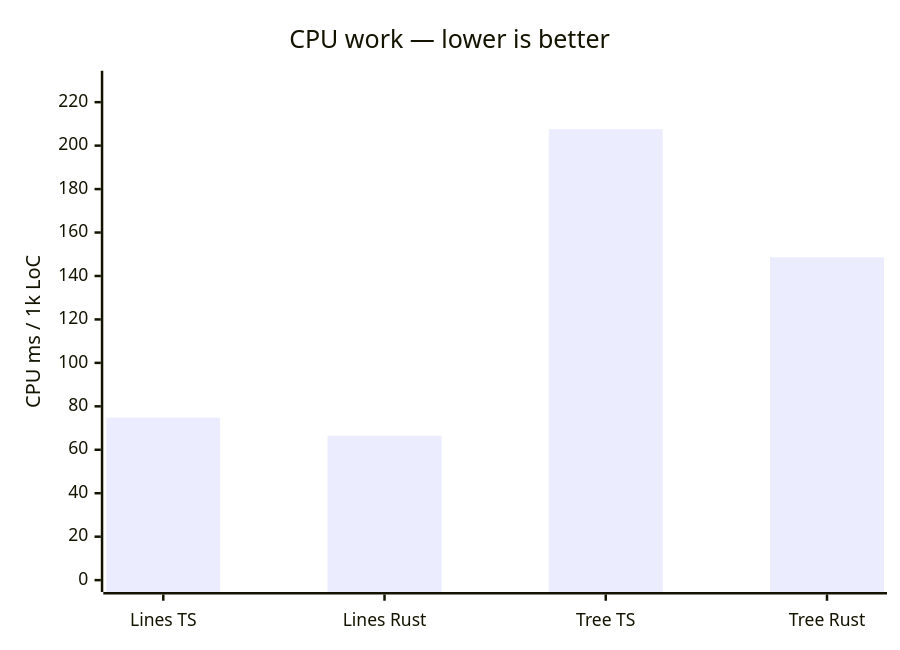
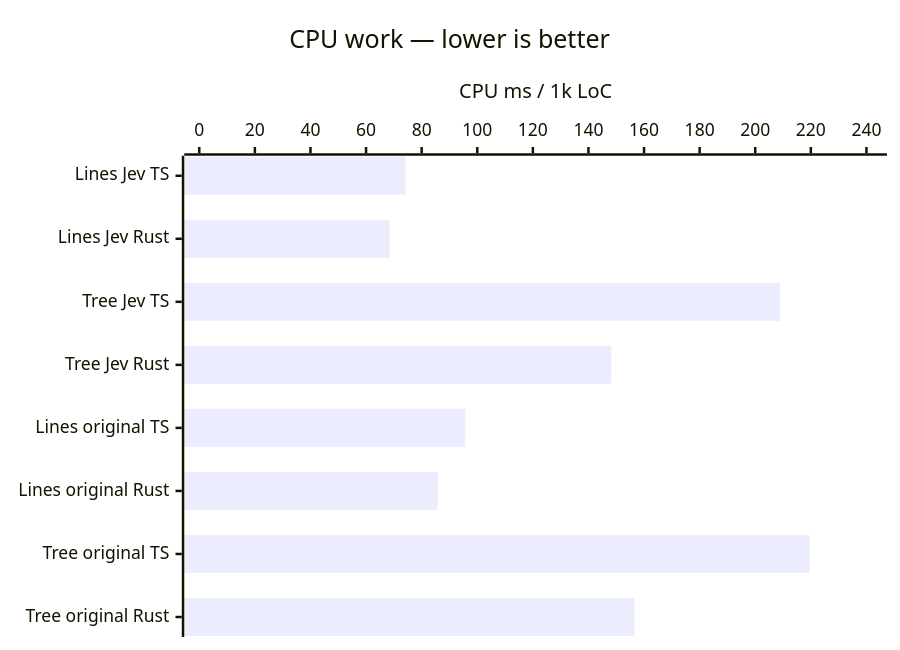
Before and after one commit to kossnocorp/spacer: the ninth of 15 diagrams in docs/benchmark.md, drawn with Mermaid. The commit also changed other lines of this file and 29 other files, not shown here.

````diff
--- a/docs/benchmark.md
+++ b/docs/benchmark.md
@@ -74,7 +117,7 @@
 ```mermaid
-xychart-beta
+xychart-beta horizontal
   title "CPU work — lower is better"
-  x-axis ["Lines TS", "Lines Rust", "Tree TS", "Tree Rust"]
-  y-axis "CPU ms / 1k LoC" 0 --> 229
-  bar [74.8, 66.5, 207.6, 148.6]
+  x-axis ["Lines Jev TS", "Lines Jev Rust", "Tree Jev TS", "Tree Jev Rust", "Lines original TS", "Lines original Rust", "Tree original TS", "Tree original Rust"]
+  y-axis "CPU ms / 1k LoC" 0 --> 242
+  bar [74.2, 68.5, 209, 148.2, 95.7, 85.8, 219.6, 156.5]
 ```
````
